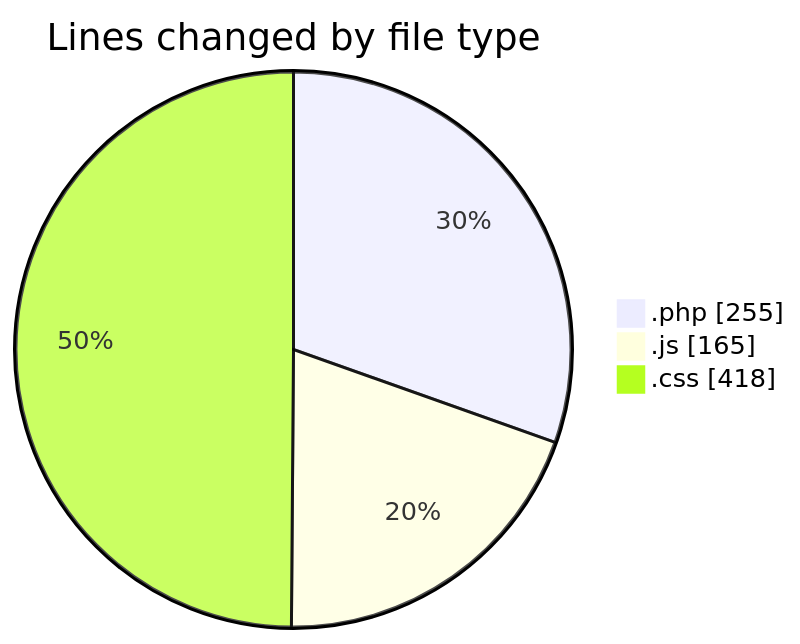
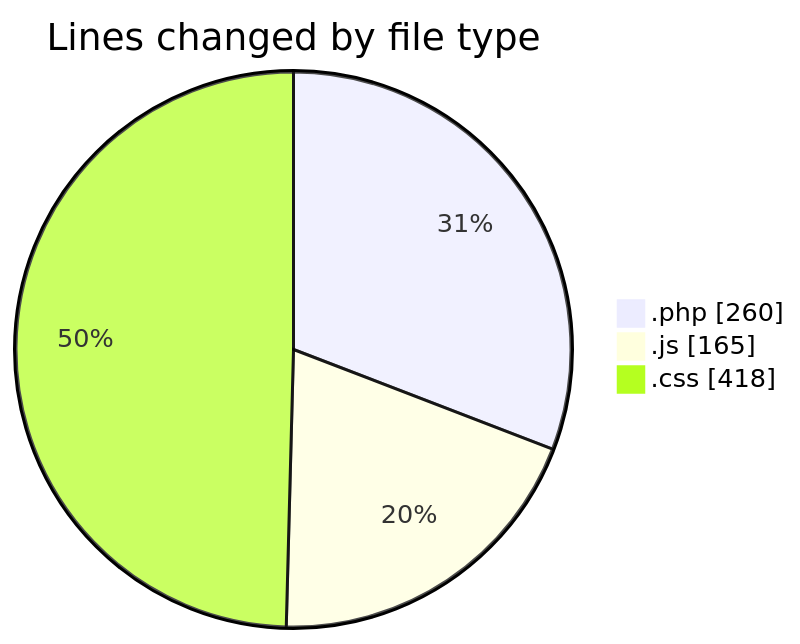
One commit to LanceThiago/code-tracking changed the first of 2 diagrams in 2025-04-11/web/README.md. Above: the diagram before and after it, drawn with Mermaid. The commit also changed other lines of this file and 1 other file, not shown here.

````diff
--- a/2025-04-11/web/README.md
+++ b/2025-04-11/web/README.md
@@ -22,7 +22,7 @@
 ```mermaid
 pie showData
 title Lines changed by file type
-".php" : 255
+".php" : 260
 ".js" : 165
 ".css" : 418
 ```
````
